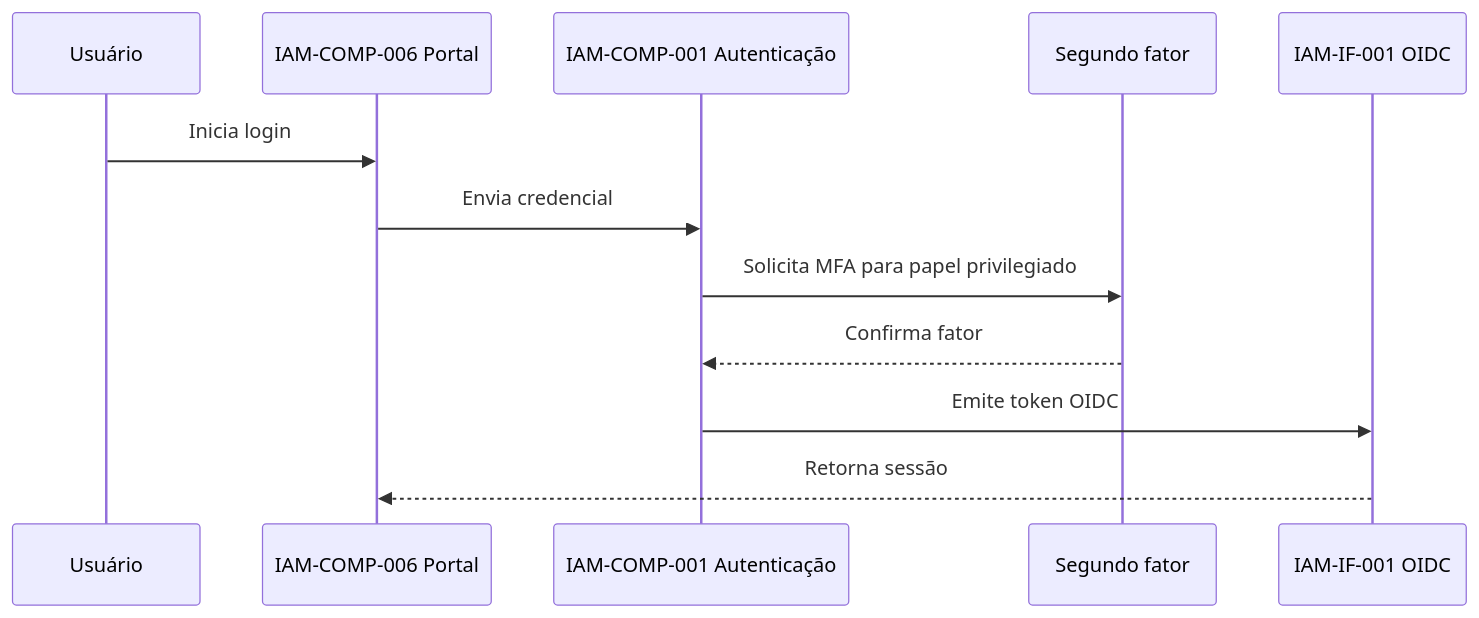
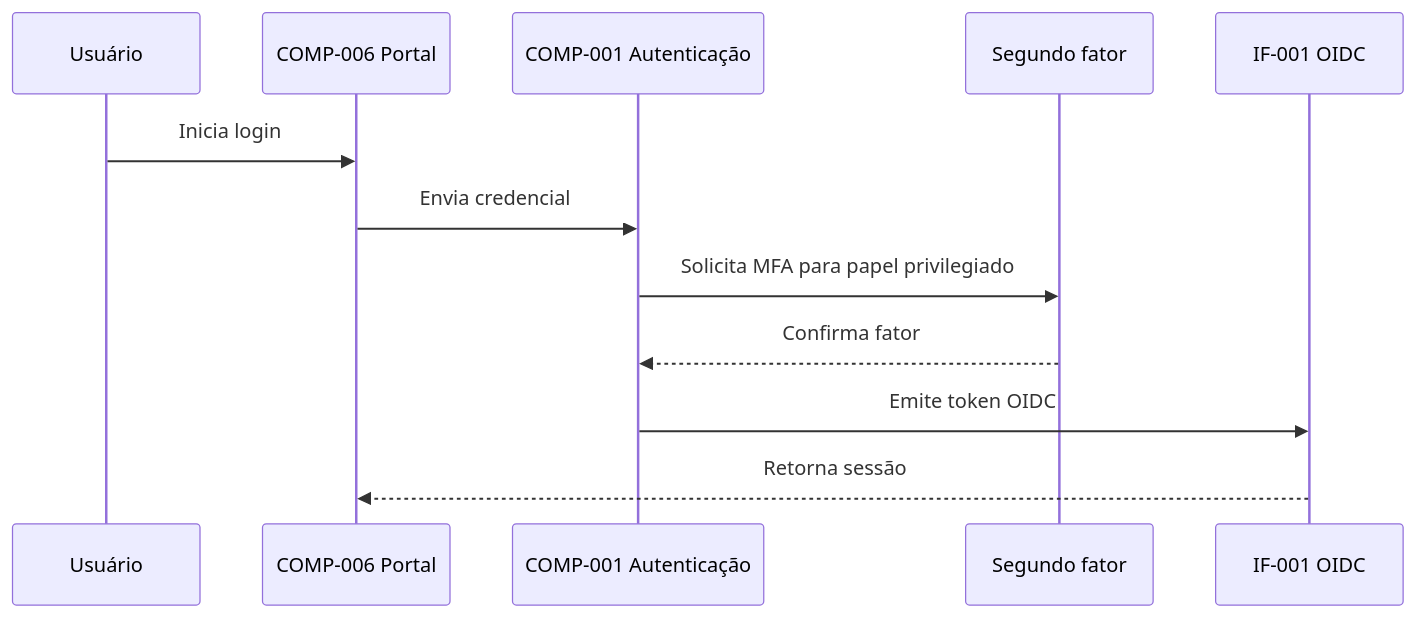
One commit to lsbjordao/quarto-needs changed the third of 3 diagrams in examples/book/diagrams.qmd. Above: the diagram before and after it, drawn with Mermaid. The commit also changed other lines of this file, not shown here.

Commit message:
docs: remove redundant IAM prefixes from diagrams

````diff
--- a/examples/book/diagrams.qmd
+++ b/examples/book/diagrams.qmd
@@ -33,14 +33,14 @@
 ```{mermaid}
 sequenceDiagram
   participant U as Usuário
-  participant P as IAM-COMP-006 Portal
-  participant A as IAM-COMP-001 Autenticação
+  participant P as COMP-006 Portal
+  participant A as COMP-001 Autenticação
   participant M as Segundo fator
-  participant V as IAM-IF-001 OIDC
+  participant V as IF-001 OIDC
   U->>P: Inicia login
   P->>A: Envia credencial
   A->>M: Solicita MFA para papel privilegiado
   M-->>A: Confirma fator
   A->>V: Emite token OIDC
   V-->>P: Retorna sessão
 ```
````
